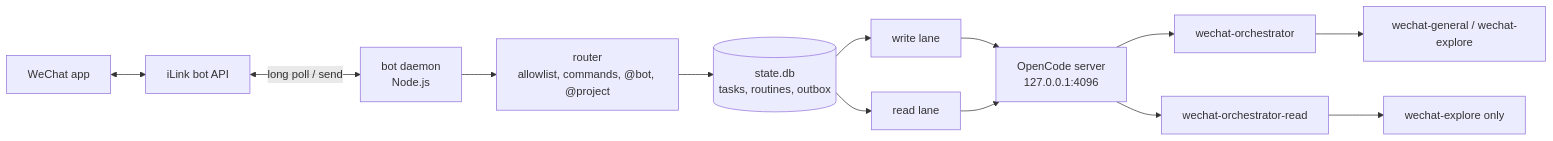
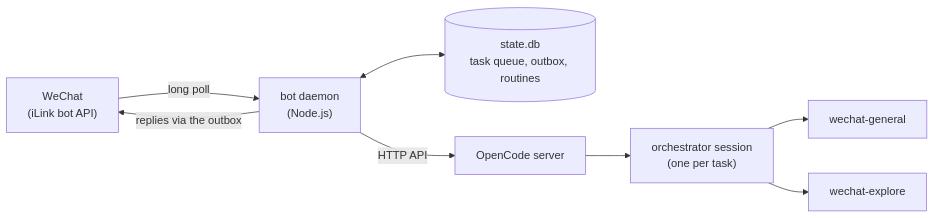
One commit to BrickerP/wechat-opencode-bot changed the diagram in README.md. Above: the diagram before and after it, drawn with Mermaid. The commit also changed other lines of this file and 1 other file, not shown here.

Commit message:
Rewrite READMEs: architecture and usage, open-source setup caveats

````diff
--- a/README.md
+++ b/README.md
@@ -9,15 +9,10 @@
 ```mermaid
 flowchart LR
-  W[WeChat app] <--> I[iLink bot API]
-  I <-->|long poll / send| D[bot daemon<br/>Node.js]
-  D --> R[router<br/>allowlist, commands, @bot, @project]
-  R --> Q[(state.db<br/>tasks, routines, outbox)]
-  Q --> L1[write lane]
-  Q --> L2[read lane]
-  L1 --> O[OpenCode server<br/>127.0.0.1:4096]
-  L2 --> O
-  O --> A1[wechat-orchestrator]
-  O --> A2[wechat-orchestrator-read]
-  A1 --> S1[wechat-general / wechat-explore]
-  A2 --> S2[wechat-explore only]
+  wechat["WeChat<br/>(iLink bot API)"] -- "long poll" --> daemon["bot daemon<br/>(Node.js)"]
+  daemon <--> db[("state.db<br/>task queue, outbox, routines")]
+  daemon -- "HTTP API" --> server["OpenCode server"]
+  server --> orch["orchestrator session<br/>(one per task)"]
+  orch --> general["wechat-general"]
+  orch --> explore["wechat-explore"]
+  daemon -- "replies via the outbox" --> wechat
 ```
````
